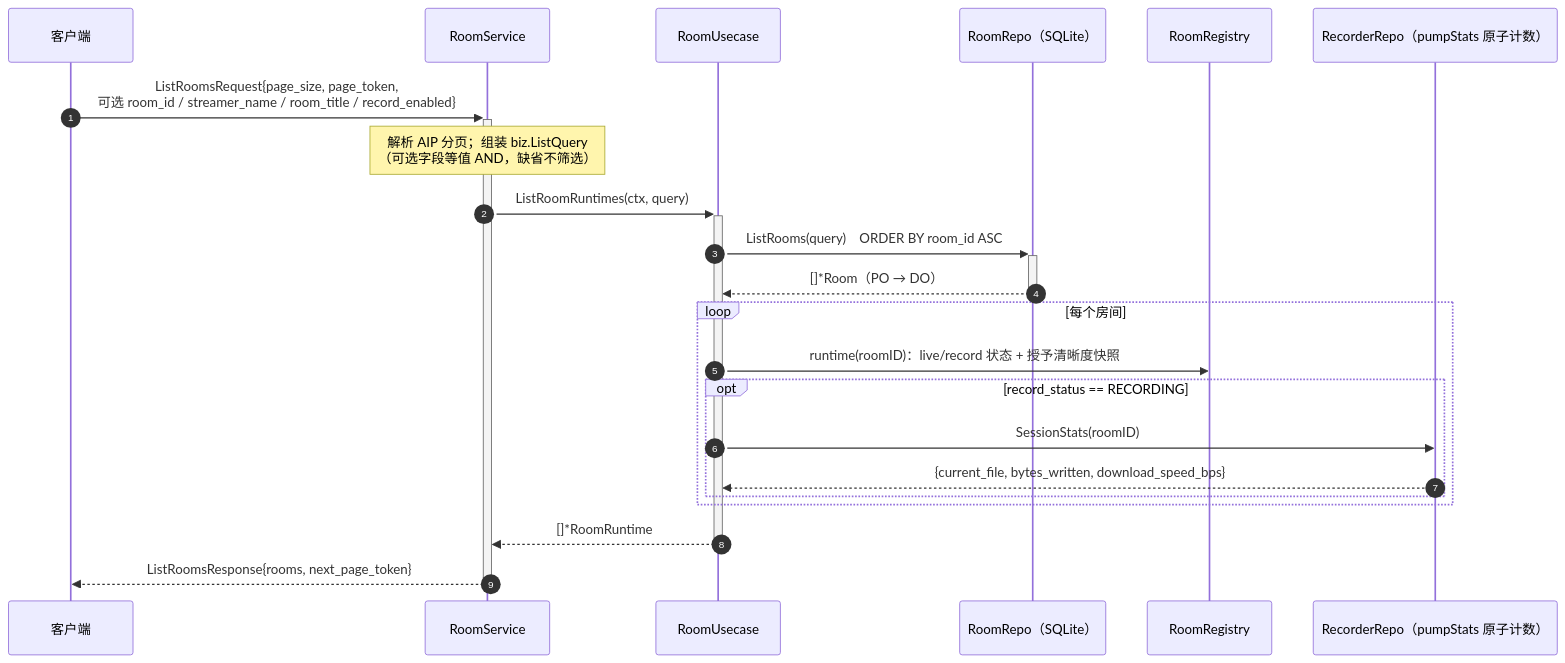
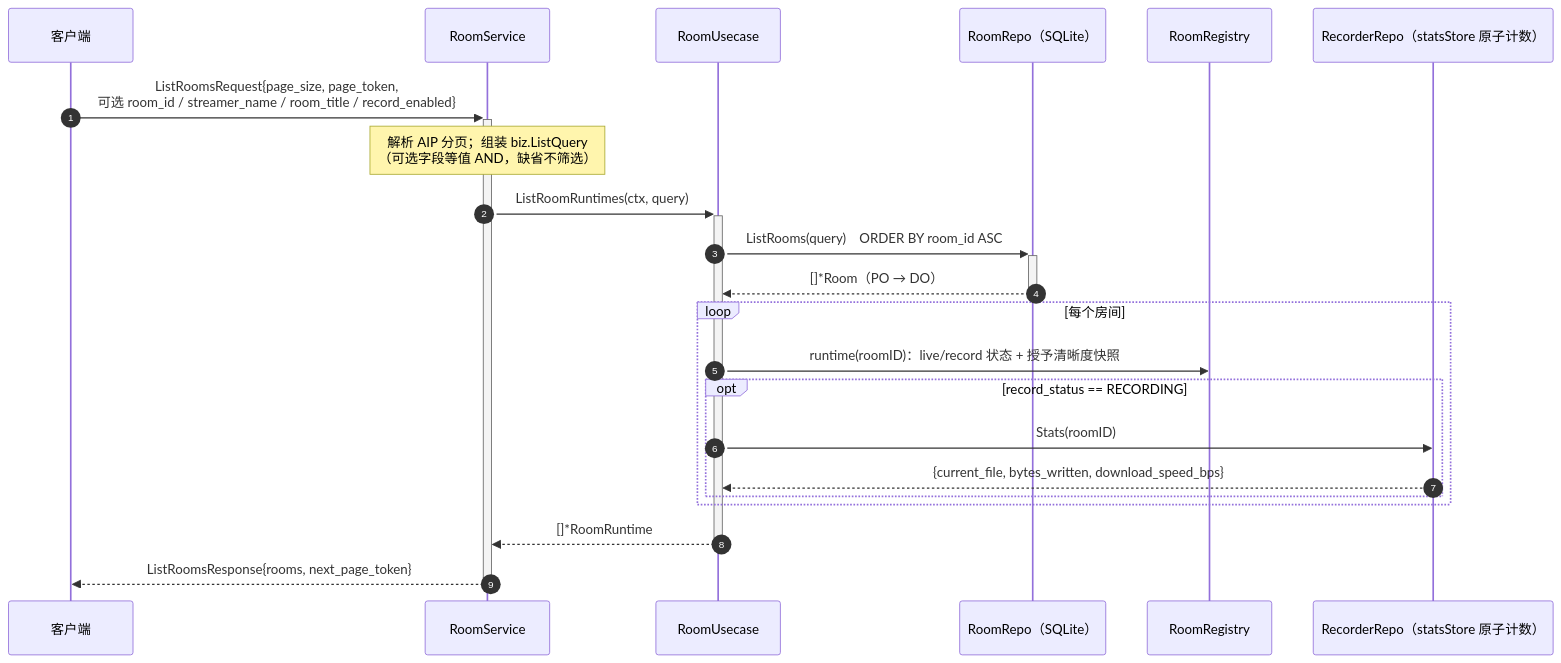
One commit to xgbt/suika changed the sixth of 10 diagrams in docs/design/architecture-diagrams.md. Above: the diagram before and after it, drawn with Mermaid. The commit also changed other lines of this file and 4 other files, not shown here.

````diff
--- a/docs/design/architecture-diagrams.md
+++ b/docs/design/architecture-diagrams.md
@@ -289,25 +292,25 @@
 ```mermaid
 sequenceDiagram
     autonumber
     participant C as 客户端
     participant S as RoomService
     participant U as RoomUsecase
     participant R as RoomRepo（SQLite）
     participant G as RoomRegistry
-    participant RR as RecorderRepo（pumpStats 原子计数）
+    participant RR as RecorderRepo（statsStore 原子计数）
 
     C->>+S: ListRoomsRequest{page_size, page_token,<br/>可选 room_id / streamer_name / room_title / record_enabled}
     Note over S: 解析 AIP 分页；组装 biz.ListQuery<br/>（可选字段等值 AND，缺省不筛选）
     S->>+U: ListRoomRuntimes(ctx, query)
     U->>+R: ListRooms(query)　ORDER BY room_id ASC
     R-->>-U: []*Room（PO → DO）
     loop 每个房间
         U->>G: runtime(roomID)：live/record 状态 + 授予清晰度快照
         opt record_status == RECORDING
-            U->>RR: SessionStats(roomID)
+            U->>RR: Stats(roomID)
             RR-->>U: {current_file, bytes_written, download_speed_bps}
         end
     end
     U-->>-S: []*RoomRuntime
     S-->>-C: ListRoomsResponse{rooms, next_page_token}
 ```
````
